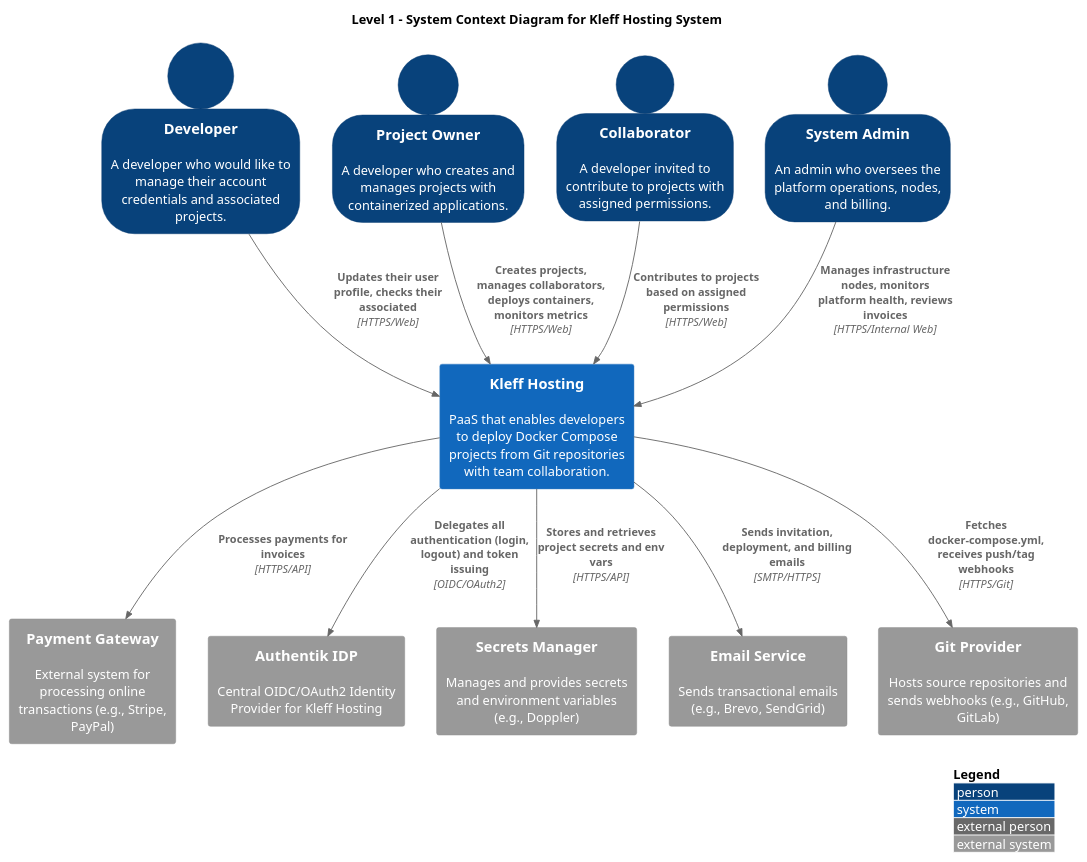
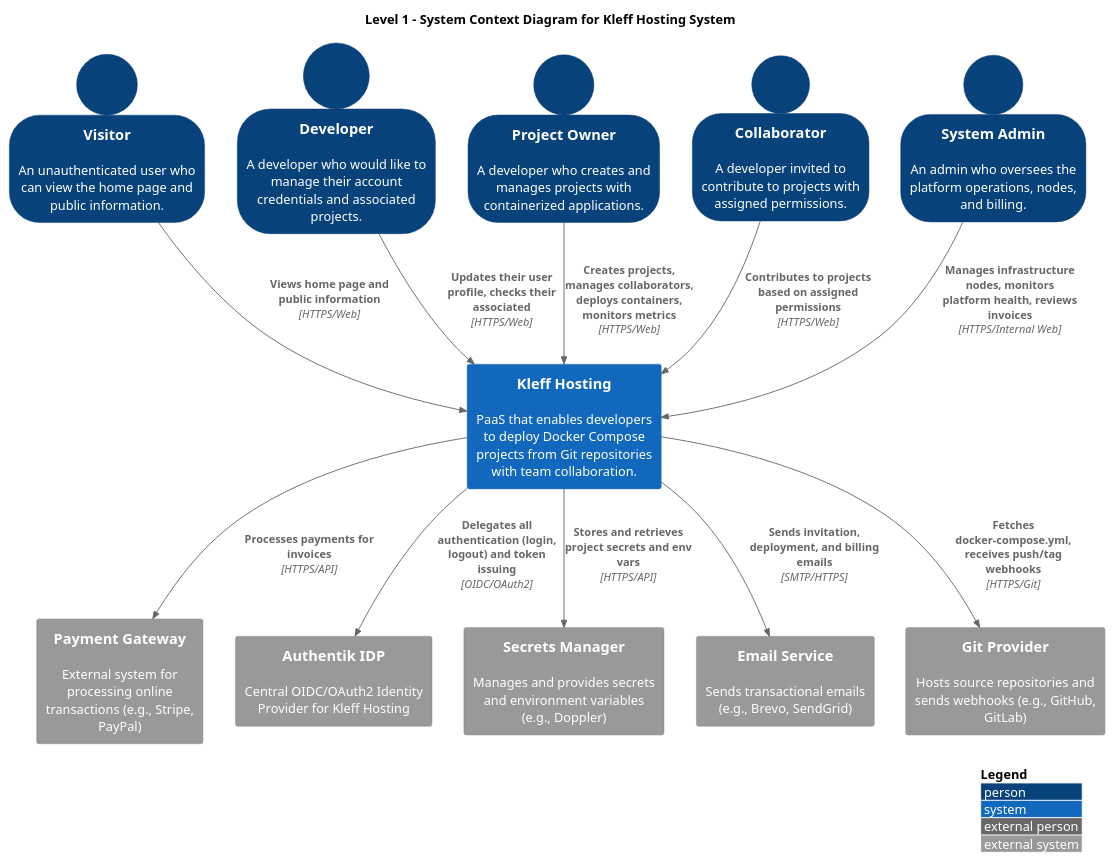
Before and after one commit to kleffio/.github: the diagram in docs/C4L1.puml, drawn with PlantUML.

Commit message:
Fixed diagram to match teacher's recommendations

```diff
--- a/docs/C4L1.puml
+++ b/docs/C4L1.puml
@@ -1,36 +1,38 @@
 @startuml
 !include https://raw.githubusercontent.com/plantuml-stdlib/C4-PlantUML/master/C4_Context.puml
 LAYOUT_WITH_LEGEND()
 SHOW_PERSON_OUTLINE()
 
 title Level 1 - System Context Diagram for Kleff Hosting System
 
 ' ==== External Actors ====
+Person(visitor, "Visitor", "An unauthenticated user who can view the home page and public information.")
 Person(developer, "Developer", "A developer who would like to manage their account credentials and associated projects.")
 Person(projectowner, "Project Owner", "A developer who creates and manages projects with containerized applications.")
 Person(collaborator, "Collaborator", "A developer invited to contribute to projects with assigned permissions.")
 Person(admin, "System Admin", "An admin who oversees the platform operations, nodes, and billing.")
 
 ' ==== External Systems ====
 System_Ext(payment_gateway, "Payment Gateway", "External system for processing online transactions (e.g., Stripe, PayPal)")
 System_Ext(auth_server, "Authentik IDP", "Central OIDC/OAuth2 Identity Provider for Kleff Hosting")
 System_Ext(secret_manager, "Secrets Manager", "Manages and provides secrets and environment variables (e.g., Doppler)")
 System_Ext(emailing_service, "Email Service", "Sends transactional emails (e.g., Brevo, SendGrid)")
 System_Ext(git_provider, "Git Provider", "Hosts source repositories and sends webhooks (e.g., GitHub, GitLab)")
 
 ' ==== System ====
 System(kleff, "Kleff Hosting", "PaaS that enables developers to deploy Docker Compose projects from Git repositories with team collaboration.")
 
 ' ==== Relationships ====
+Rel(visitor, kleff, "Views home page and public information", "HTTPS/Web")
 Rel(projectowner, kleff, "Creates projects, manages collaborators, deploys containers, monitors metrics", "HTTPS/Web")
 Rel(developer, kleff, "Updates their user profile, checks their associated ", "HTTPS/Web")
 Rel(collaborator, kleff, "Contributes to projects based on assigned permissions", "HTTPS/Web")
 Rel(admin, kleff, "Manages infrastructure nodes, monitors platform health, reviews invoices", "HTTPS/Internal Web")
 
 Rel(kleff, payment_gateway, "Processes payments for invoices", "HTTPS/API")
 Rel(kleff, auth_server, "Delegates all authentication (login, logout) and token issuing", "OIDC/OAuth2")
 Rel(kleff, secret_manager, "Stores and retrieves project secrets and env vars", "HTTPS/API")
 Rel(kleff, emailing_service, "Sends invitation, deployment, and billing emails", "SMTP/HTTPS")
 Rel(kleff, git_provider, "Fetches docker-compose.yml, receives push/tag webhooks", "HTTPS/Git")
 
 @enduml
```
